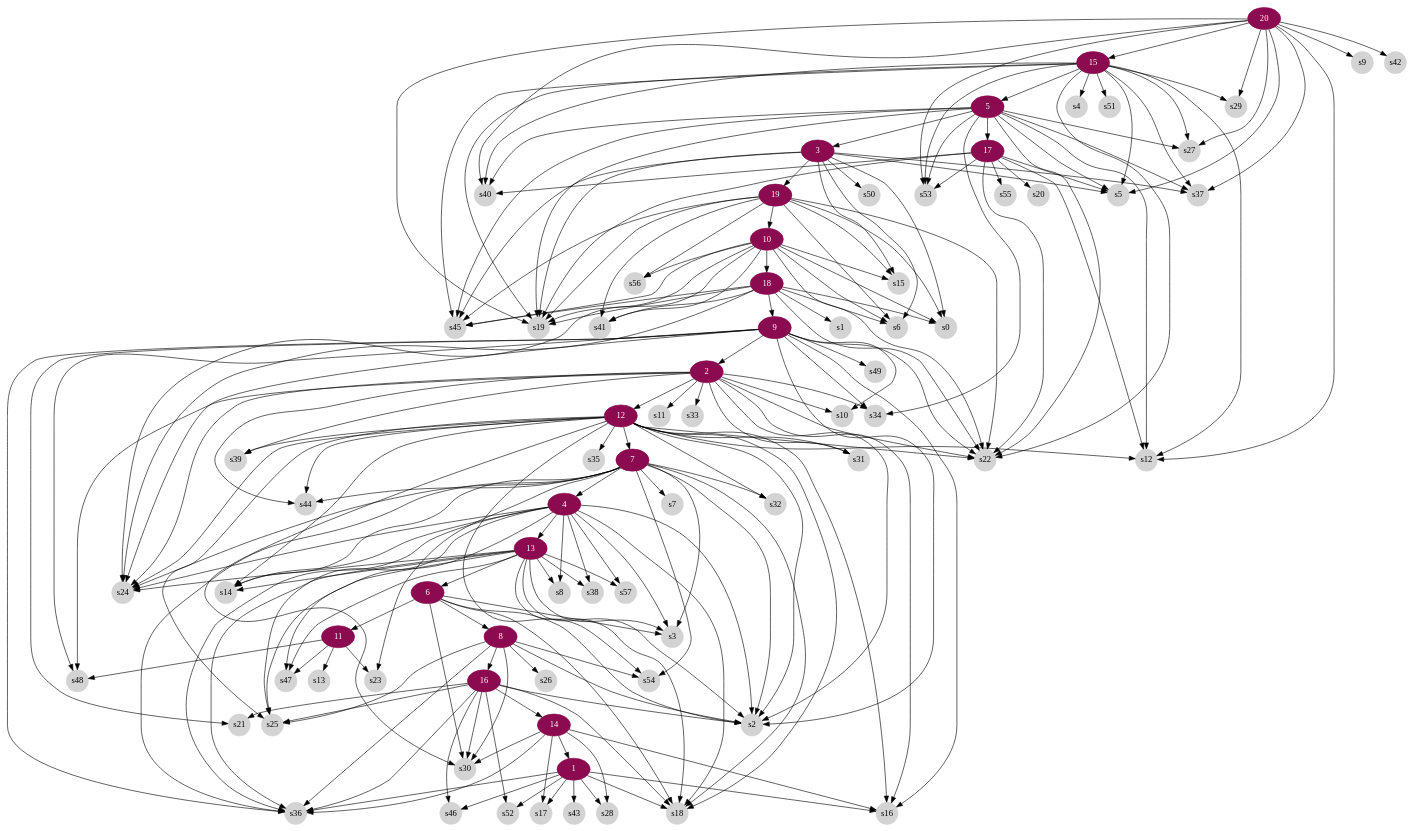
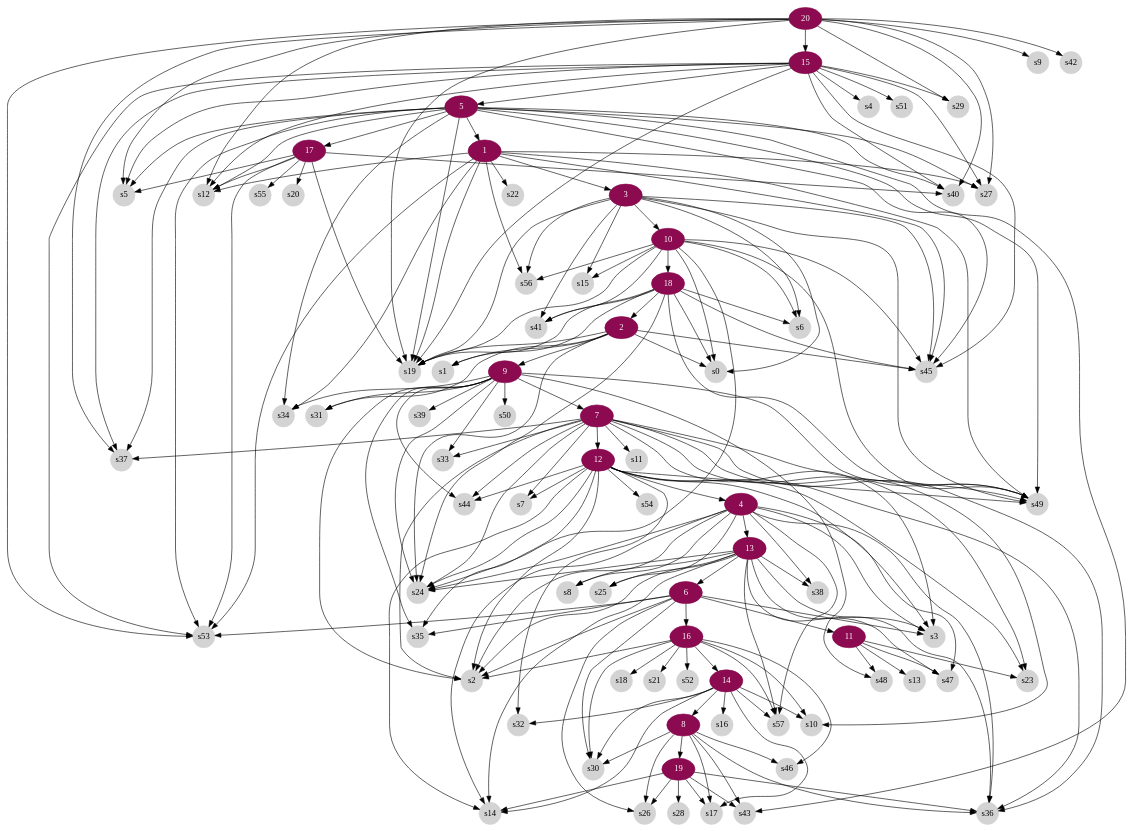
One commit to compbel/SCIFIL changed the diagram in data/scite/dataHou18_map0.gv. Above: the diagram before and after it, drawn with Graphviz. The commit also changed 6 other files, not shown here.

```diff
--- a/data/scite/dataHou18_map0.gv
+++ b/data/scite/dataHou18_map0.gv
@@ -1,58 +1,52 @@
 digraph g{
 node [color=deeppink4, style=filled, fontcolor=white];	
-14 -> 1;
-9 -> 2;
-5 -> 3;
-7 -> 4;
+5 -> 1;
+18 -> 2;
+1 -> 3;
+12 -> 4;
 15 -> 5;
 13 -> 6;
-12 -> 7;
-6 -> 8;
-18 -> 9;
-19 -> 10;
+9 -> 7;
+14 -> 8;
+2 -> 9;
+3 -> 10;
 6 -> 11;
-2 -> 12;
+7 -> 12;
 4 -> 13;
 16 -> 14;
 20 -> 15;
-8 -> 16;
+6 -> 16;
 5 -> 17;
 10 -> 18;
-3 -> 19;
+8 -> 19;
 node [color=lightgrey, style=filled, fontcolor=black, shape=circle, fixedsize=true];  
-1 -> s16;
-1 -> s17;
-1 -> s18;
-1 -> s28;
-1 -> s36;
-1 -> s43;
-1 -> s46;
-1 -> s52;
-2 -> s2;
-2 -> s10;
-2 -> s11;
-2 -> s16;
-2 -> s22;
+1 -> s12;
+1 -> s19;
+1 -> s22;
+1 -> s27;
+1 -> s34;
+1 -> s45;
+1 -> s49;
+1 -> s53;
+1 -> s56;
+2 -> s0;
+2 -> s1;
+2 -> s19;
 2 -> s24;
 2 -> s31;
-2 -> s33;
-2 -> s34;
-2 -> s39;
-2 -> s44;
-2 -> s48;
+2 -> s45;
 3 -> s0;
-3 -> s5;
 3 -> s6;
 3 -> s15;
 3 -> s19;
-3 -> s37;
+3 -> s41;
 3 -> s45;
-3 -> s50;
+3 -> s49;
+3 -> s56;
 4 -> s2;
 4 -> s3;
 4 -> s8;
 4 -> s14;
-4 -> s18;
 4 -> s24;
 4 -> s25;
 4 -> s36;
@@ -62,93 +56,95 @@
 5 -> s5;
 5 -> s12;
 5 -> s19;
-5 -> s22;
 5 -> s27;
 5 -> s34;
 5 -> s37;
 5 -> s40;
+5 -> s43;
 5 -> s45;
+5 -> s49;
 5 -> s53;
 6 -> s2;
 6 -> s3;
-6 -> s18;
+6 -> s26;
 6 -> s30;
+6 -> s35;
+6 -> s53;
 7 -> s2;
 7 -> s3;
 7 -> s7;
-7 -> s14;
-7 -> s18;
+7 -> s10;
+7 -> s11;
 7 -> s23;
 7 -> s24;
-7 -> s32;
+7 -> s33;
 7 -> s36;
+7 -> s37;
 7 -> s44;
-7 -> s54;
-8 -> s2;
-8 -> s25;
+7 -> s49;
+8 -> s17;
 8 -> s26;
 8 -> s30;
 8 -> s36;
-8 -> s54;
+8 -> s43;
+8 -> s46;
 9 -> s2;
-9 -> s10;
-9 -> s16;
-9 -> s21;
-9 -> s22;
 9 -> s24;
+9 -> s31;
+9 -> s33;
 9 -> s34;
-9 -> s36;
+9 -> s35;
+9 -> s39;
+9 -> s44;
 9 -> s48;
 9 -> s49;
+9 -> s50;
 10 -> s0;
 10 -> s6;
 10 -> s15;
 10 -> s19;
-10 -> s22;
 10 -> s24;
 10 -> s41;
 10 -> s45;
+10 -> s49;
 10 -> s56;
 11 -> s13;
 11 -> s23;
 11 -> s47;
 11 -> s48;
 12 -> s2;
-12 -> s12;
+12 -> s3;
+12 -> s7;
 12 -> s14;
-12 -> s16;
-12 -> s18;
-12 -> s22;
+12 -> s23;
 12 -> s24;
-12 -> s25;
-12 -> s30;
-12 -> s31;
 12 -> s32;
 12 -> s35;
-12 -> s39;
+12 -> s36;
 12 -> s44;
+12 -> s49;
 12 -> s54;
 13 -> s2;
 13 -> s3;
 13 -> s8;
 13 -> s14;
-13 -> s18;
 13 -> s24;
 13 -> s25;
 13 -> s36;
 13 -> s38;
 13 -> s47;
 13 -> s57;
+14 -> s10;
+14 -> s14;
 14 -> s16;
 14 -> s17;
-14 -> s28;
 14 -> s30;
-14 -> s36;
+14 -> s32;
+14 -> s57;
 15 -> s4;
 15 -> s5;
 15 -> s12;
 15 -> s19;
-15 -> s22;
 15 -> s27;
 15 -> s29;
 15 -> s37;
@@ -157,18 +153,17 @@
 15 -> s51;
 15 -> s53;
 16 -> s2;
+16 -> s10;
 16 -> s18;
 16 -> s21;
-16 -> s25;
 16 -> s30;
-16 -> s36;
 16 -> s46;
 16 -> s52;
+16 -> s57;
 17 -> s5;
 17 -> s12;
 17 -> s19;
 17 -> s20;
-17 -> s22;
 17 -> s40;
 17 -> s53;
 17 -> s55;
@@ -176,18 +171,16 @@
 18 -> s1;
 18 -> s6;
 18 -> s19;
-18 -> s22;
 18 -> s24;
 18 -> s41;
 18 -> s45;
-19 -> s0;
-19 -> s6;
-19 -> s15;
-19 -> s19;
-19 -> s22;
-19 -> s41;
-19 -> s45;
-19 -> s56;
+18 -> s49;
+19 -> s14;
+19 -> s17;
+19 -> s26;
+19 -> s28;
+19 -> s36;
+19 -> s43;
 20 -> s5;
 20 -> s9;
 20 -> s12;
```
